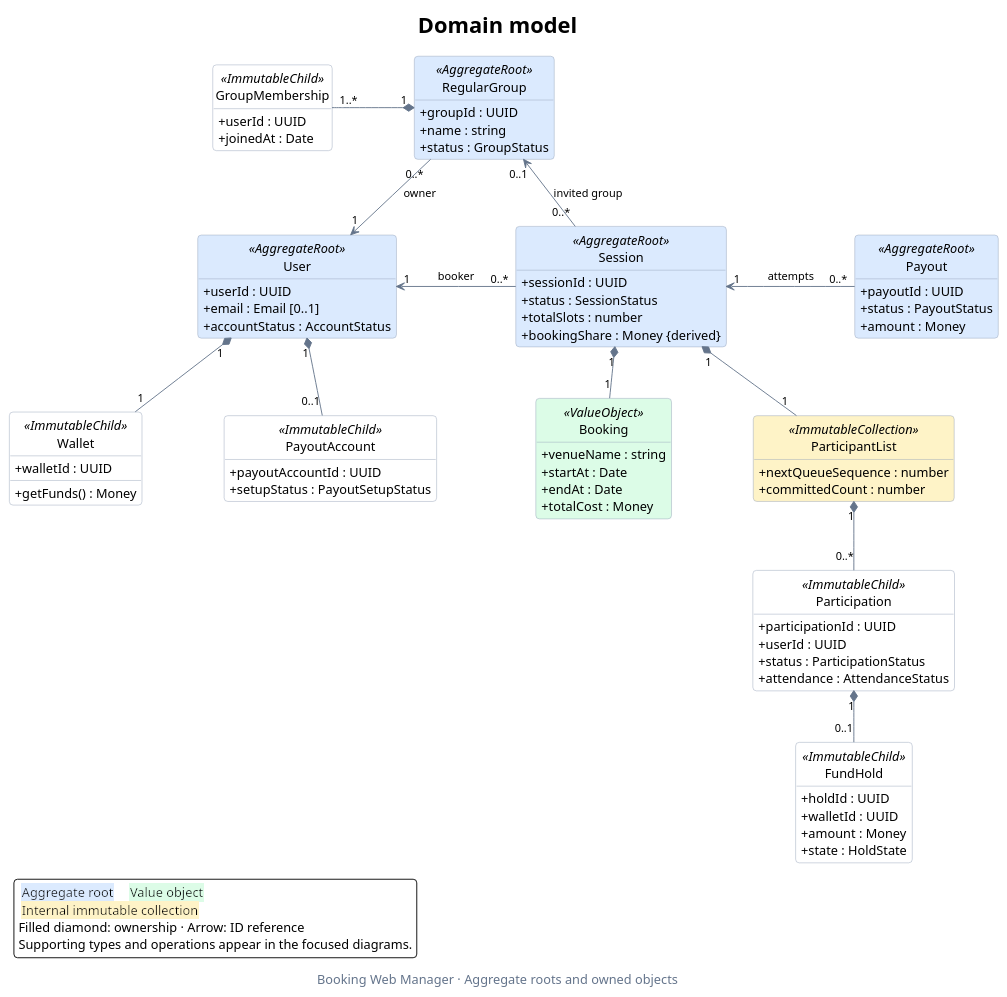
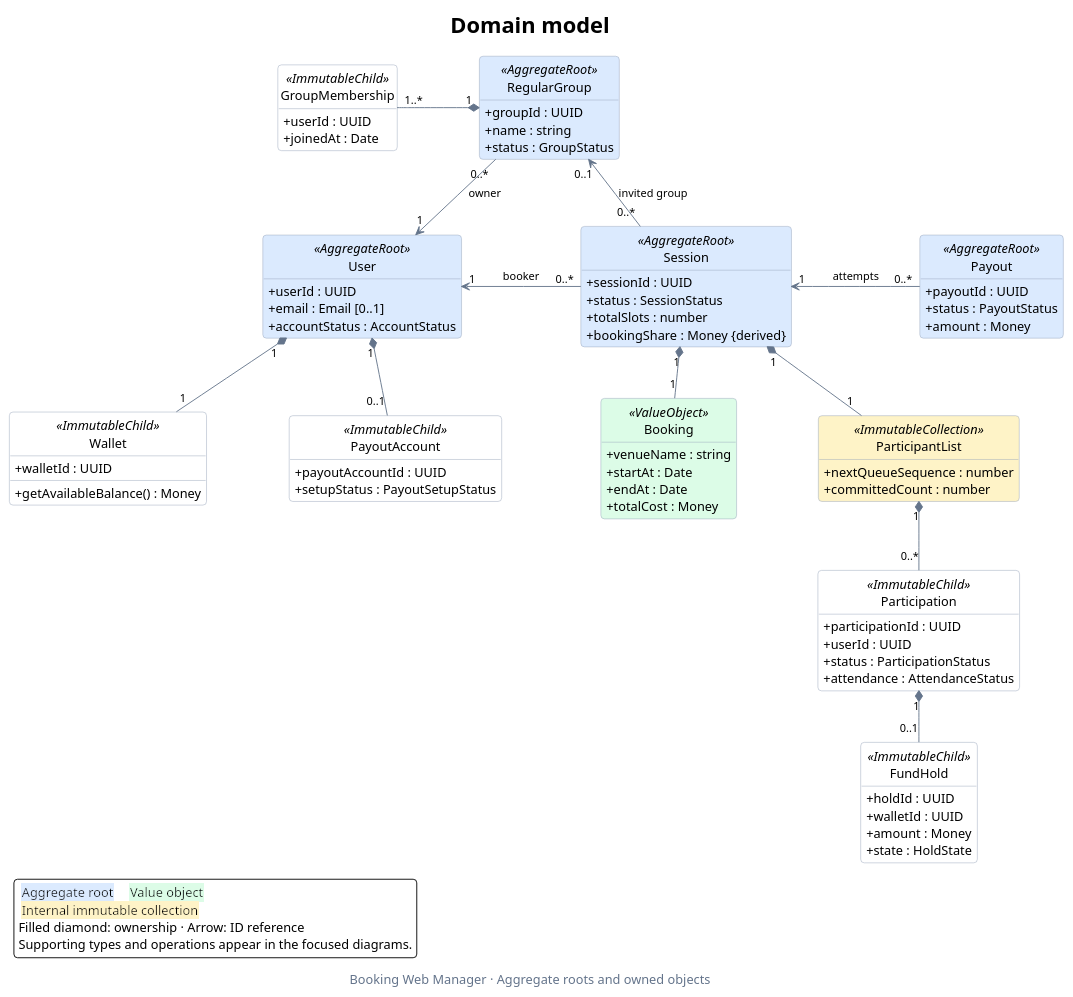
The diagram in docs/domain-class-diagram.puml (rbrishi15/booking-web-manager), drawn with PlantUML before and after one commit. The commit also changed 26 other files, not shown here.

```diff
--- a/docs/domain-class-diagram.puml
+++ b/docs/domain-class-diagram.puml
@@ -1,105 +1,105 @@
 @startuml domain-class-diagram
 ' Main view: aggregate ownership and the main cross-aggregate references.
 ' Supporting values, role views, ledger queries and operations are in diagrams/.
 title Domain model
 caption Booking Web Manager · Aggregate roots and owned objects
 
 top to bottom direction
 hide circle
 hide empty members
 skinparam backgroundColor #FFFFFF
 skinparam shadowing false
 skinparam roundcorner 8
 skinparam defaultFontName SansSerif
 skinparam defaultFontSize 14
 skinparam titleFontSize 24
 skinparam captionFontColor #64748B
 skinparam ArrowColor #64748B
 skinparam ArrowFontSize 12
 skinparam classBorderColor #94A3B8
 skinparam classBackgroundColor #FFFFFF
 skinparam classBackgroundColor<<AggregateRoot>> #DBEAFE
 skinparam classBackgroundColor<<ValueObject>> #DCFCE7
 skinparam classBackgroundColor<<ImmutableCollection>> #FEF3C7
 skinparam classAttributeIconSize 0
 skinparam linetype polyline
 skinparam nodesep 90
 skinparam ranksep 55
 
 class User <<AggregateRoot>> {
   +userId : UUID
   +email : Email [0..1]
   +accountStatus : AccountStatus
 }
 class RegularGroup <<AggregateRoot>> {
   +groupId : UUID
   +name : string
   +status : GroupStatus
 }
 class Session <<AggregateRoot>> {
   +sessionId : UUID
   +status : SessionStatus
   +totalSlots : number
   +bookingShare : Money {derived}
 }
 class Payout <<AggregateRoot>> {
   +payoutId : UUID
   +status : PayoutStatus
   +amount : Money
 }
 class Wallet <<ImmutableChild>> {
   +walletId : UUID
-  +getFunds() : Money
+  +getAvailableBalance() : Money
 }
 class PayoutAccount <<ImmutableChild>> {
   +payoutAccountId : UUID
   +setupStatus : PayoutSetupStatus
 }
 class GroupMembership <<ImmutableChild>> {
   +userId : UUID
   +joinedAt : Date
 }
 class Booking <<ValueObject>> {
   +venueName : string
   +startAt : Date
   +endAt : Date
   +totalCost : Money
 }
 class Participation <<ImmutableChild>> {
   +participationId : UUID
   +userId : UUID
   +status : ParticipationStatus
   +attendance : AttendanceStatus
 }
 class ParticipantList <<ImmutableCollection>> {
   +nextQueueSequence : number
   +committedCount : number
 }
 class FundHold <<ImmutableChild>> {
   +holdId : UUID
   +walletId : UUID
   +amount : Money
   +state : HoldState
 }
 
 ' Keep the aggregate references together; owned children branch downward.
 User "1" <-right- "0..*" Session : booker
 Session "1" <-right- "0..*" Payout : attempts
 RegularGroup "0..*" -down-> "1" User : owner
 Session "0..*" -up-> "0..1" RegularGroup : invited group
 
 User "1" *-down- "1" Wallet
 User "1" *-down- "0..1" PayoutAccount
 RegularGroup "1" *-left- "1..*" GroupMembership
 Session "1" *-down- "1" Booking
 Session "1" *-down- "1" ParticipantList
 ParticipantList "1" *-down- "0..*" Participation
 Participation "1" *-down- "0..1" FundHold
 
 legend bottom left
   <back:#DBEAFE> Aggregate root </back>   <back:#DCFCE7> Value object </back>
   <back:#FEF3C7> Internal immutable collection </back>
   Filled diamond: ownership · Arrow: ID reference
   Supporting types and operations appear in the focused diagrams.
 endlegend
 @enduml
```
